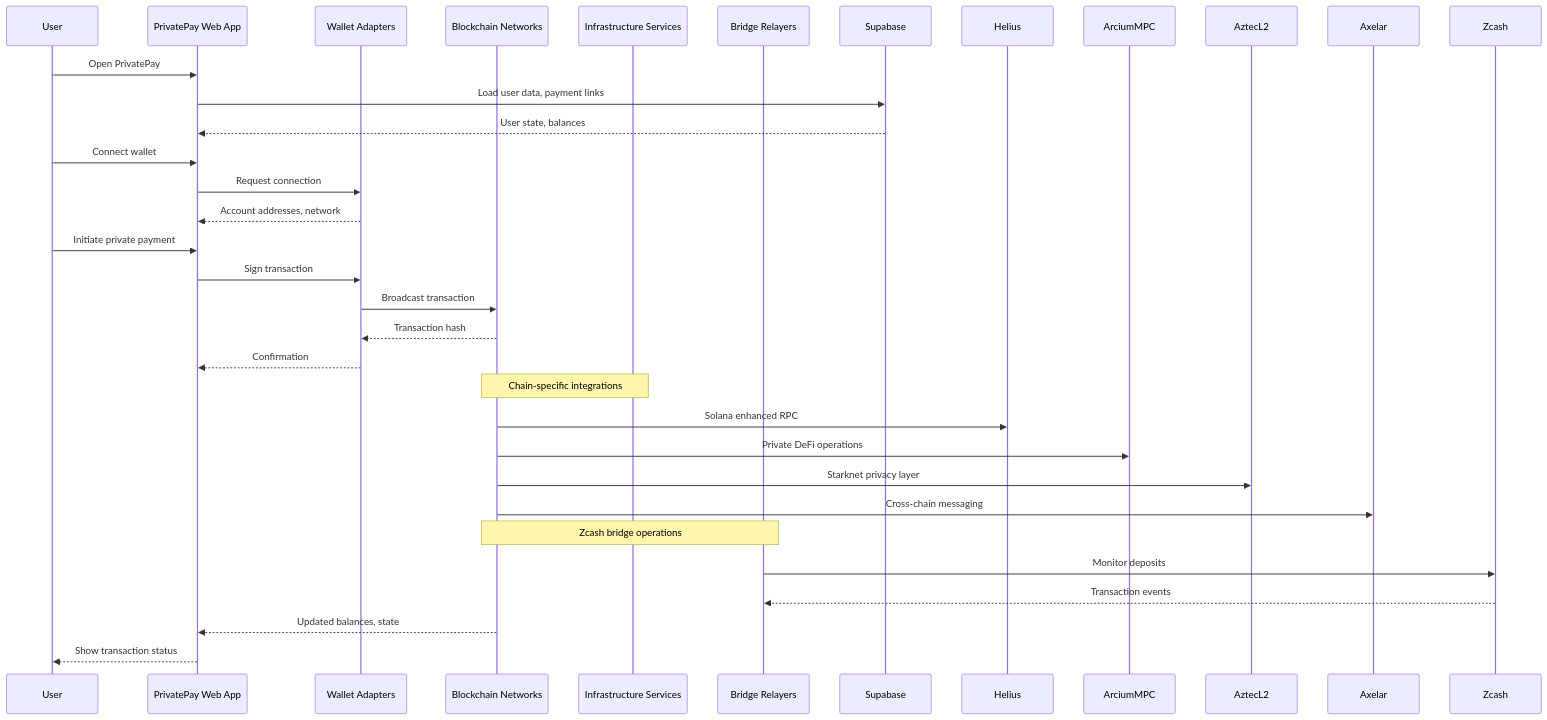
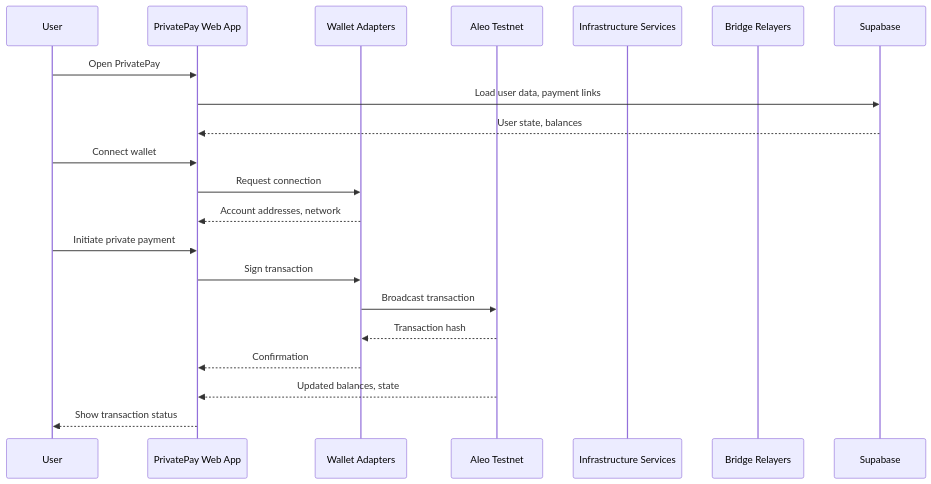
One commit to AmaanSayyad/PrivatePay-Aleo changed the fifth of 6 diagrams in README.md. Above: the diagram before and after it, drawn with Mermaid. The commit also changed other lines of this file and 40 other files, not shown here.

````diff
--- a/README.md
+++ b/README.md
@@ -350,38 +344,26 @@
 ```mermaid
 sequenceDiagram
   participant User
   participant UI as PrivatePay Web App
   participant Wallet as Wallet Adapters
-  participant Chain as Blockchain Networks
+  participant Chain as Aleo Testnet
   participant Infra as Infrastructure Services
   participant Relayer as Bridge Relayers
 
   User->>UI: Open PrivatePay
   UI->>Supabase: Load user data, payment links
   Supabase-->>UI: User state, balances
 
   User->>UI: Connect wallet
   UI->>Wallet: Request connection
   Wallet-->>UI: Account addresses, network
 
   User->>UI: Initiate private payment
   UI->>Wallet: Sign transaction
   Wallet->>Chain: Broadcast transaction
   Chain-->>Wallet: Transaction hash
   Wallet-->>UI: Confirmation
 
-  Note over Chain,Infra: Chain-specific integrations
-
-  Chain->>Helius: Solana enhanced RPC
-  Chain->>ArciumMPC: Private DeFi operations
-  Chain->>AztecL2: Starknet privacy layer
-  Chain->>Axelar: Cross-chain messaging
-
-  Note over Relayer,Chain: Zcash bridge operations
-
-  Relayer->>Zcash: Monitor deposits
-  Zcash-->>Relayer: Transaction events
-
   Chain-->>UI: Updated balances, state
   UI-->>User: Show transaction status
 ```
````
